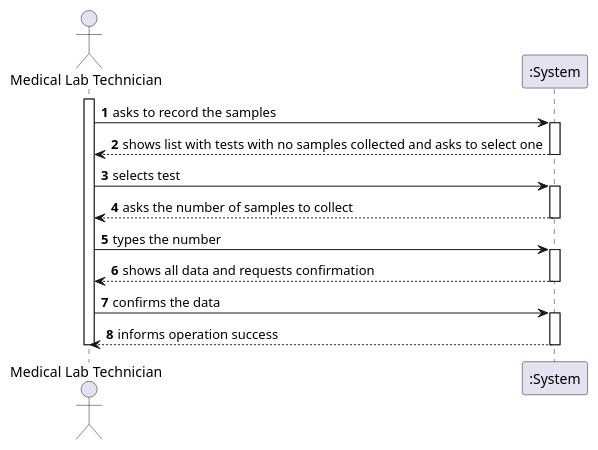
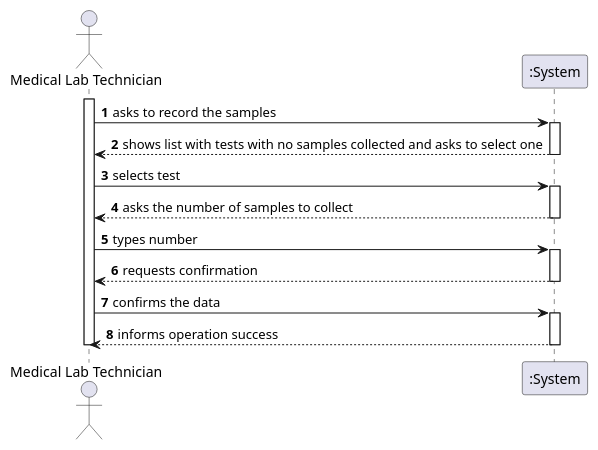
The diagram in docs/SprintC/US_5/US5_SSD.puml (ana-albergaria/LAPR2-ISEP), drawn with PlantUML before and after one commit. The commit also changed 4 other files, not shown here.

Commit message:
US5 Finishing SD Diagram

```diff
--- a/docs/SprintC/US_5/US5_SSD.puml
+++ b/docs/SprintC/US_5/US5_SSD.puml
@@ -1,32 +1,32 @@
 @startuml
 
 autonumber
 actor "Medical Lab Technician" as MLT
 
 activate MLT
 MLT -> ":System" : asks to record the samples
 /'Here below'/
 activate ":System"
 ":System" --> MLT : shows list with tests with no samples collected and asks to select one
 deactivate ":System"
 
 MLT -> ":System" : selects test
 activate ":System"
 
 ":System" --> MLT : asks the number of samples to collect
 deactivate ":System"
 
-MLT -> ":System" : types the number
+MLT -> ":System" : types number
 activate ":System"
 
-":System" --> MLT : shows all data and requests confirmation
+":System" --> MLT : requests confirmation
 deactivate ":System"
 
 MLT -> ":System" : confirms the data
 activate ":System"
 ":System" --> MLT : informs operation success
 deactivate ":System"
 
 deactivate MLT
 
 @enduml
```
